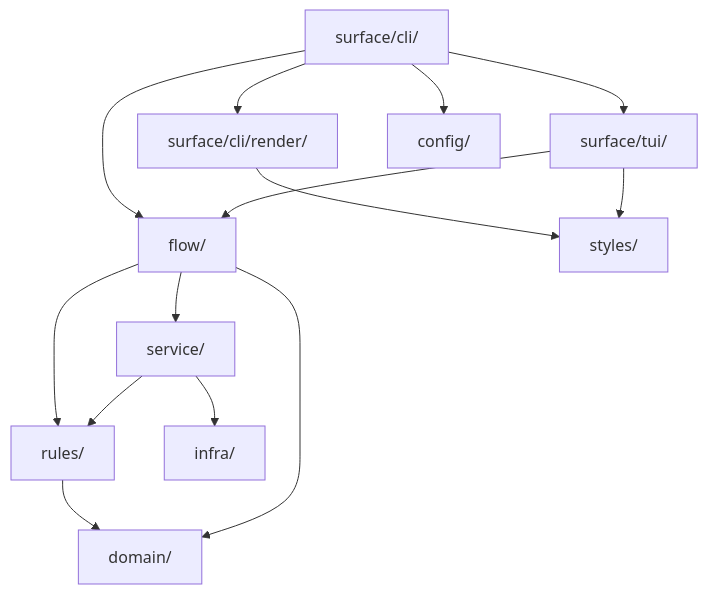
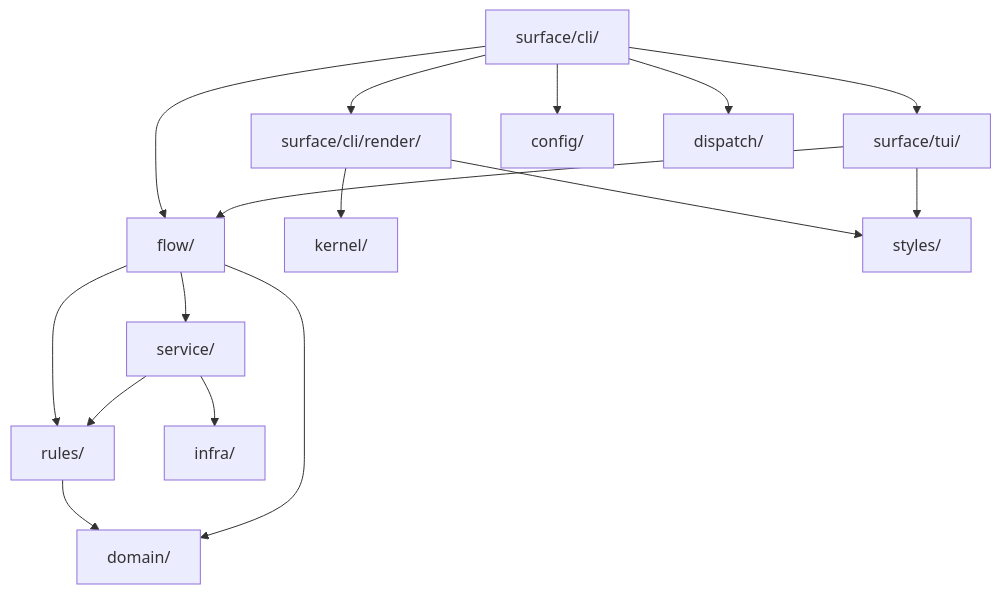
One commit to LucasPcq/wtm changed the diagram in docs/dev/architecture.md. Above: the diagram before and after it, drawn with Mermaid. The commit also changed other lines of this file and 13 other files, not shown here.

````diff
--- a/docs/dev/architecture.md
+++ b/docs/dev/architecture.md
@@ -150,16 +153,18 @@
 ```mermaid
 flowchart TD
   commands["surface/cli/"] --> flow["flow/"]
   commands --> output["surface/cli/render/"]
   commands --> tui["surface/tui/"]
   commands --> config["config/"]
+  commands --> dispatch["dispatch/"]
+  output --> kernel["kernel/"]
   tui --> flow
   flow --> service["service/"]
   flow --> rules["rules/"]
   service --> infra["infra/"]
   service --> rules
   rules --> domain["domain/"]
   flow --> domain
   output --> styles["styles/"]
   tui --> styles
 ```
````
